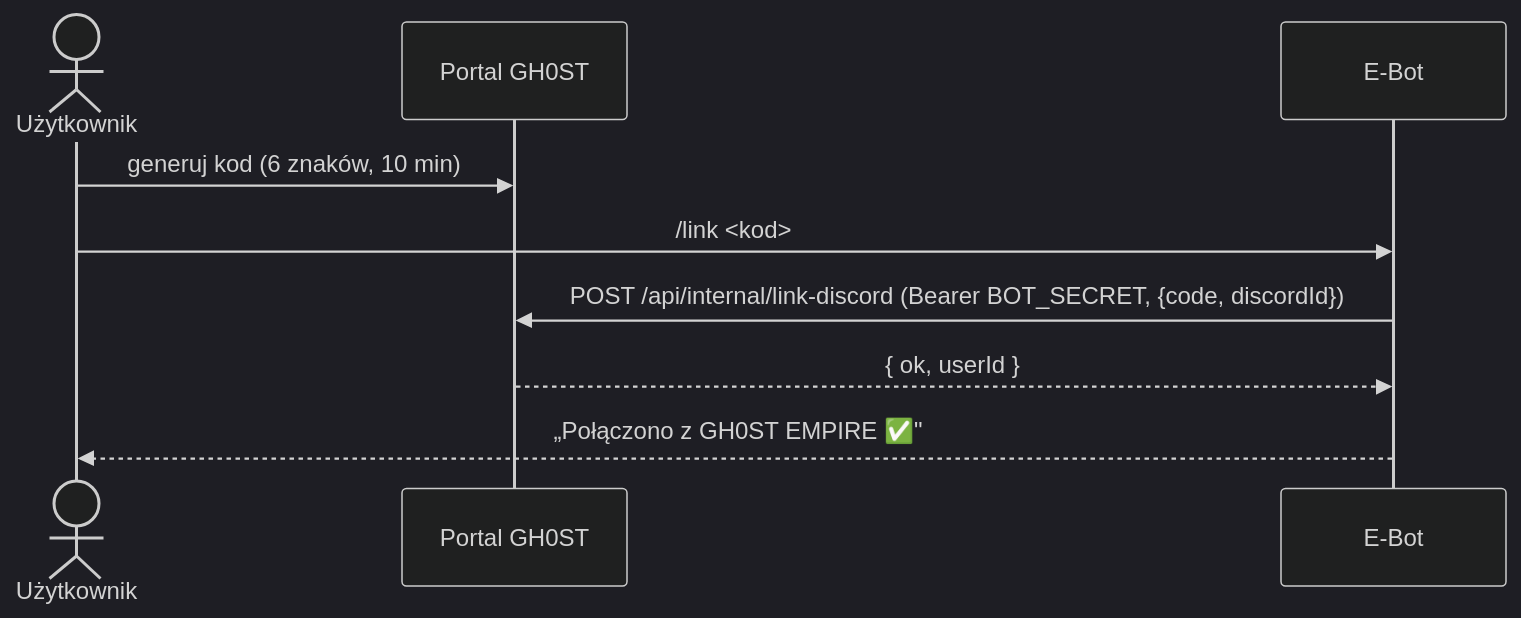
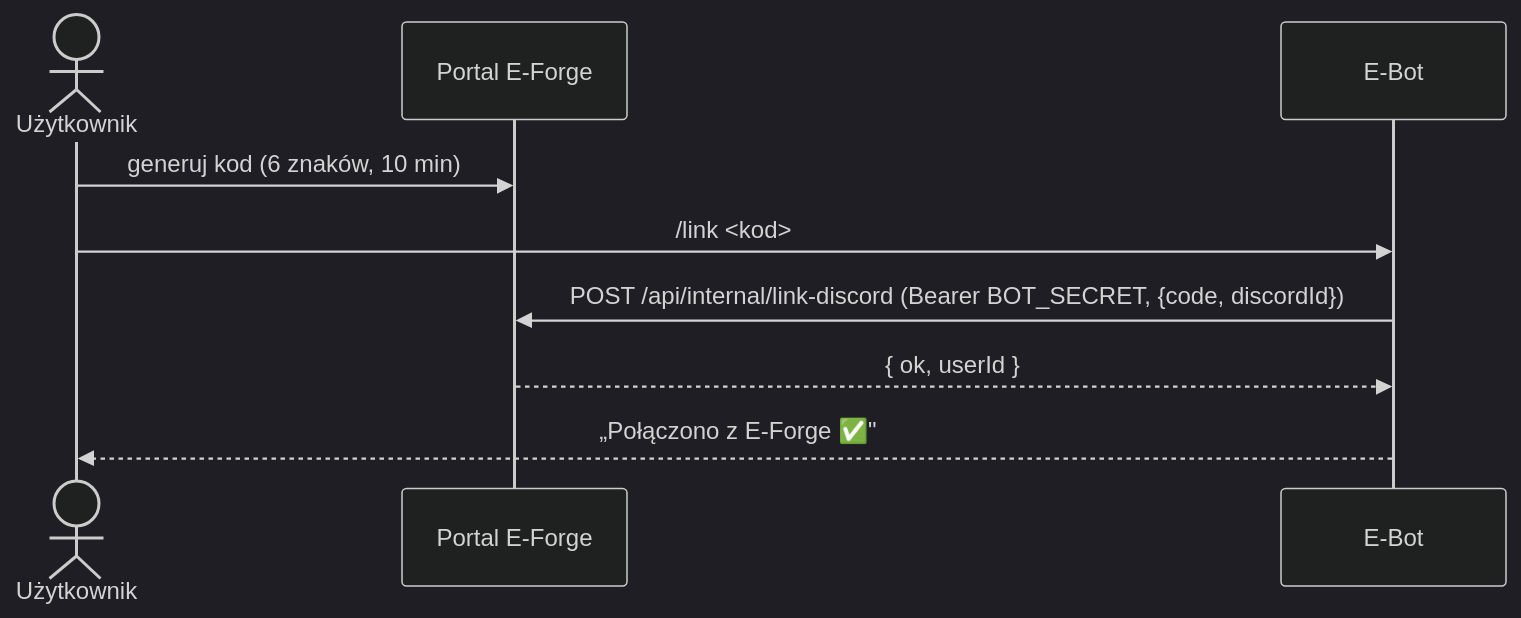
One commit to Gh0s777tt/E-Bot changed the fourth of 5 diagrams in docs/ARCHITECTURE.md. Above: the diagram before and after it, drawn with Mermaid (dark theme). The commit also changed other lines of this file and 12 other files, not shown here.

First line of the commit message:
docs(brand): rebranding „GH0ST EMPIRE"/„GH0ST" → „E-Forge" w dokumentacji + wiki

````diff
--- a/docs/ARCHITECTURE.md
+++ b/docs/ARCHITECTURE.md
@@ -81,11 +81,11 @@
 ```mermaid
 sequenceDiagram
   actor U as Użytkownik
-  participant P as Portal GH0ST
+  participant P as Portal E-Forge
   participant B as E-Bot
   U->>P: generuj kod (6 znaków, 10 min)
   U->>B: /link <kod>
   B->>P: POST /api/internal/link-discord (Bearer BOT_SECRET, {code, discordId})
   P-->>B: { ok, userId }
-  B-->>U: „Połączono z GH0ST EMPIRE ✅"
+  B-->>U: „Połączono z E-Forge ✅"
 ```
````
